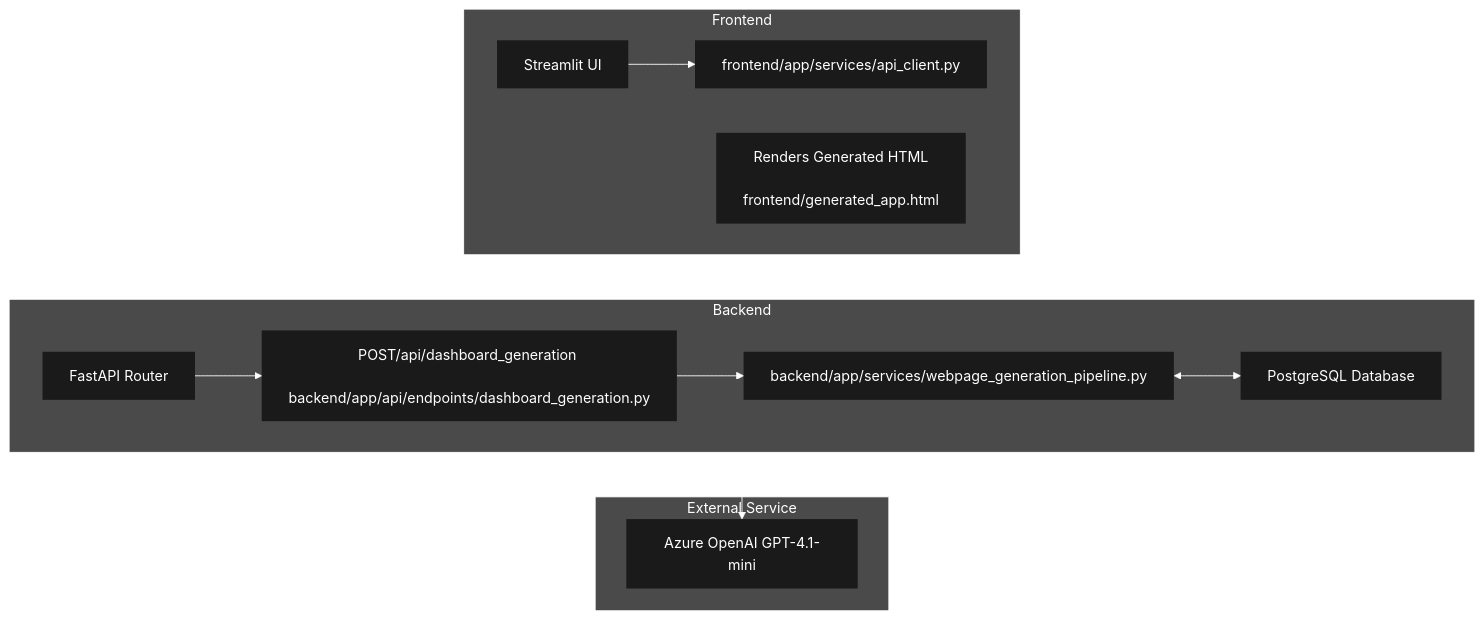
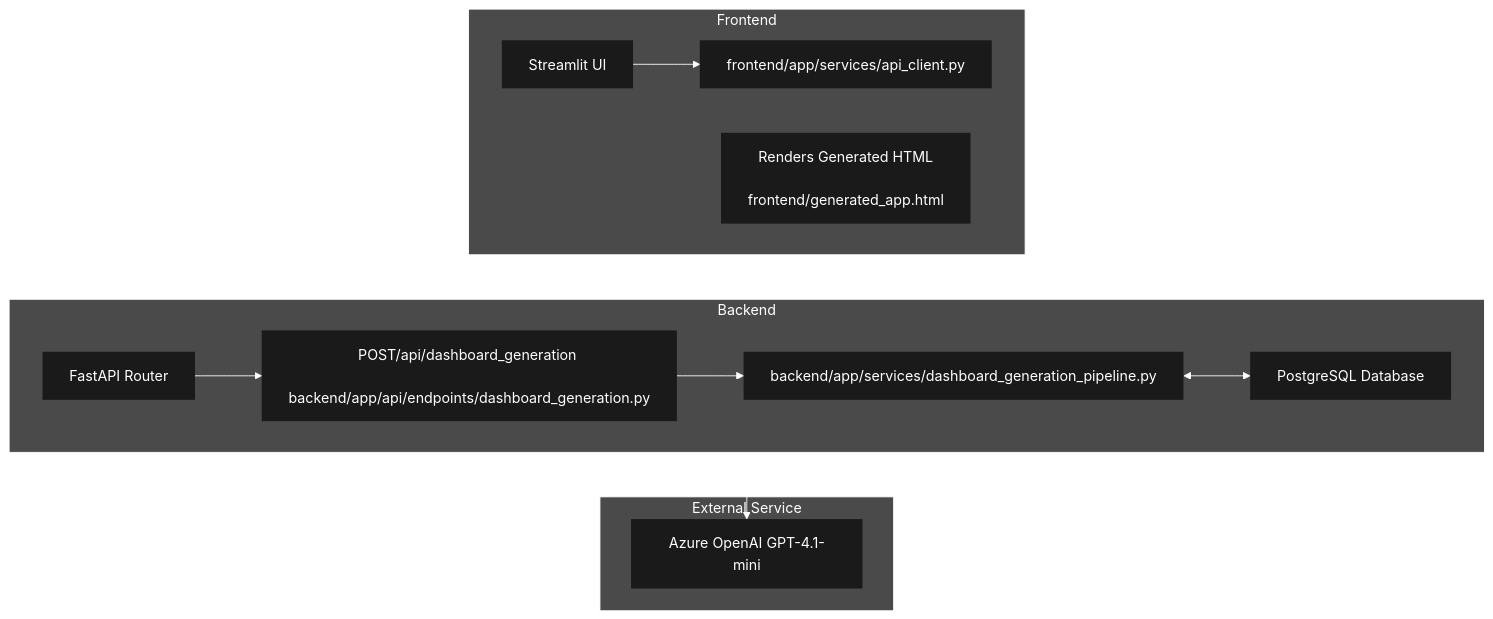
The diagram in README.md (Dawar-Imam/Custom-Dashboard-Generator), drawn with Mermaid before and after one commit. The commit also changed other lines of this file, not shown here.

Commit message:
Update file paths in README for accuracy

````diff
--- a/README.md
+++ b/README.md
@@ -193,53 +193,53 @@
 ```mermaid
 graph TB
     %% Client / Backend Layer
     subgraph Backend
         direction LR
         R["FastAPI Router"]
         E["POST/api/dashboard_generation 
         backend/app/api/endpoints/dashboard_generation.py "]
-        P["backend/app/services/webpage_generation_pipeline.py"]
+        P["backend/app/services/dashboard_generation_pipeline.py"]
         S["PostgreSQL Database"]
         R --> E --> P
     end
  
     %% Frontend Layer
     subgraph Frontend
         direction LR
         F["Streamlit UI"]
         C["frontend/app/services/api_client.py"]
         Resp["Renders Generated HTML
         frontend/generated_app.html"]
         F --> C
     end
 
     %% External Service Layer
     subgraph LTitle["External Service"]
         LLM["Azure OpenAI GPT-4.1-mini"]
     end
 
     C --> R
     P <--> LLM
     P --> Resp
     P <--> S
     
     %% Styling
     %% Titles - light grey
     style Frontend fill:#4a4a4a,stroke:#ffffff,color:#ffffff,stroke-width:1px
     style Backend fill:#4a4a4a,stroke:#ffffff,color:#ffffff,stroke-width:1px
     style LTitle fill:#4a4a4a,stroke:#ffffff,color:#ffffff,stroke-width:1px
 
     %% Inner nodes - dark grey
     style R fill:#1a1a1a,stroke:#ffffff,color:#ffffff,stroke-width:0px
     style E fill:#1a1a1a,stroke:#ffffff,color:#ffffff,stroke-width:0px
     style P fill:#1a1a1a,stroke:#ffffff,color:#ffffff,stroke-width:0px
     style S fill:#1a1a1a,stroke:#ffffff,color:#ffffff,stroke-width:0px
     style F fill:#1a1a1a,stroke:#ffffff,color:#ffffff,stroke-width:0px
     style C fill:#1a1a1a,stroke:#ffffff,color:#ffffff,stroke-width:0px
     style Resp fill:#1a1a1a,stroke:#ffffff,color:#ffffff,stroke-width:0px
     style LLM fill:#1a1a1a,stroke:#ffffff,color:#ffffff,stroke-width:0px
 
     %% Arrows white
     linkStyle default stroke:#ffffff,stroke-width:1px
 
 ```
````
